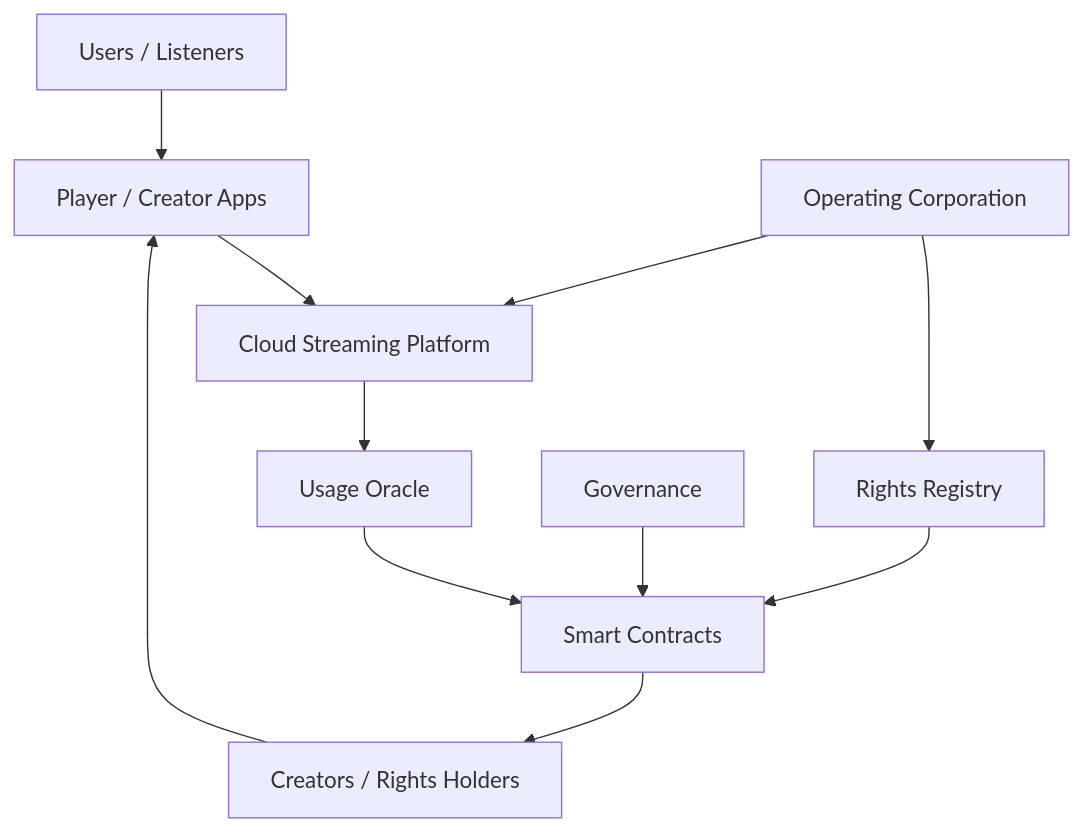
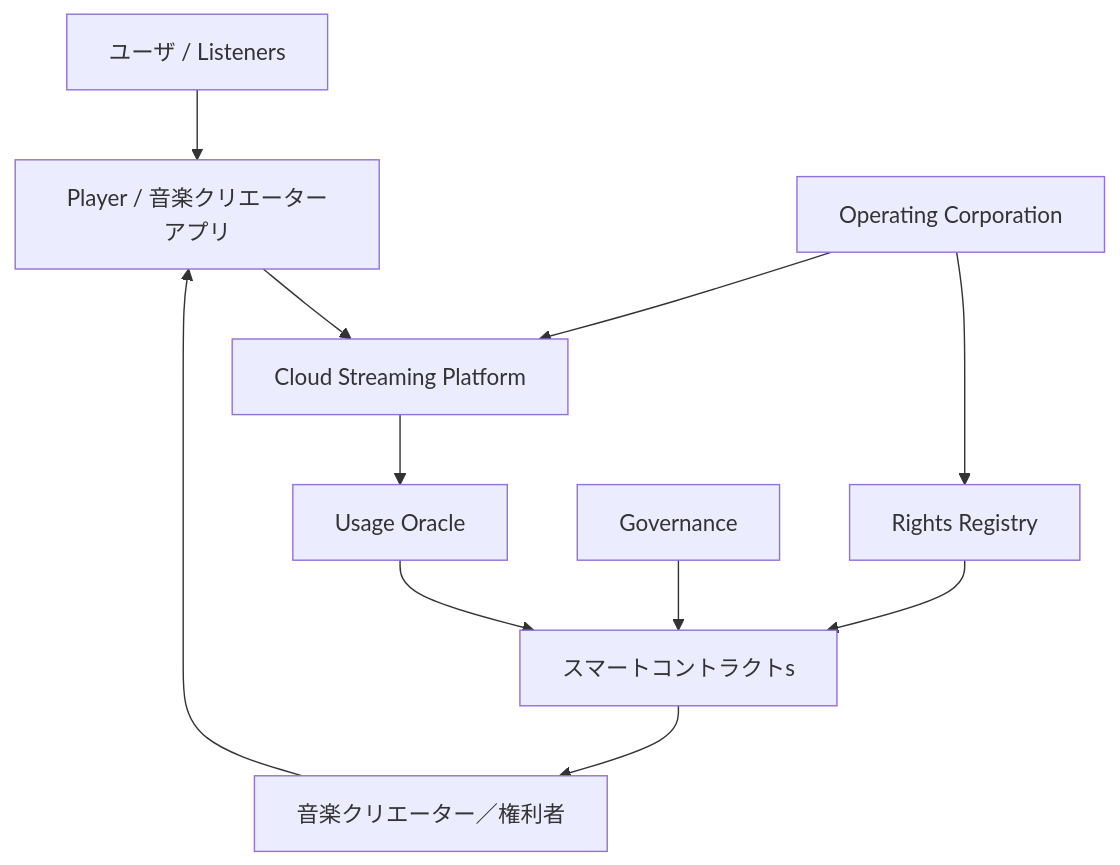
One commit to ShigeichiroYamasaki/creator-first-platform changed the first of 27 diagrams in docs/whitepaper/04-platform-architecture.md. Above: the diagram before and after it, drawn with Mermaid. The commit also changed other lines of this file and 67 other files, not shown here.

````diff
--- a/docs/whitepaper/04-platform-architecture.md
+++ b/docs/whitepaper/04-platform-architecture.md
@@ -32,26 +32,26 @@
 ```mermaid
 flowchart TD
-    USER[Users / Listeners]
-    CREATOR[Creators / Rights Holders]
-    APP[Player / Creator Apps]
+    USER[ユーザ / Listeners]
+    CREATOR[音楽クリエーター／権利者]
+    APP[Player / 音楽クリエーターアプリ]
     CLOUD[Cloud Streaming Platform]
     ORACLE[Usage Oracle]
     RIGHTS[Rights Registry]
     GOV[Governance]
-    SC[Smart Contracts]
+    SC[スマートコントラクトs]
     CORP[Operating Corporation]
 
     USER --> APP
     CREATOR --> APP
 
     APP --> CLOUD
     CLOUD --> ORACLE
 
     CORP --> RIGHTS
     RIGHTS --> SC
     ORACLE --> SC
     GOV --> SC
 
     SC --> CREATOR
     CORP --> CLOUD
 ```
````
